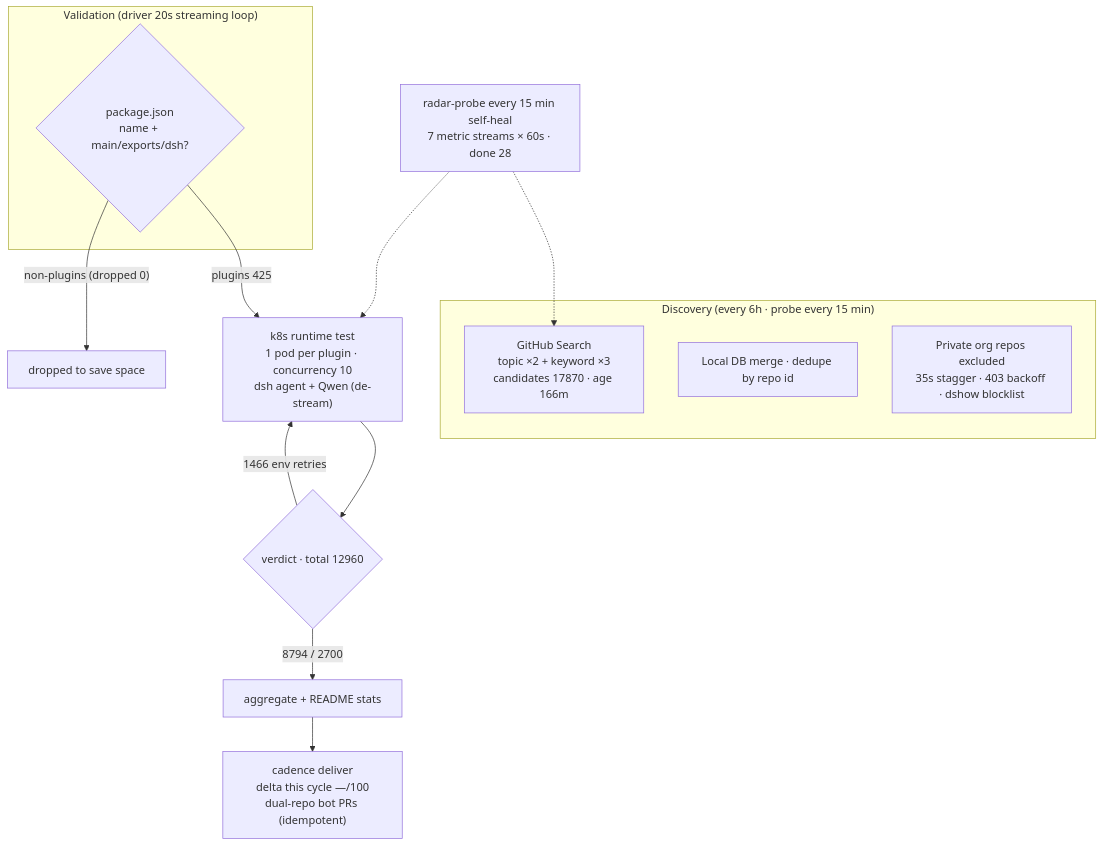
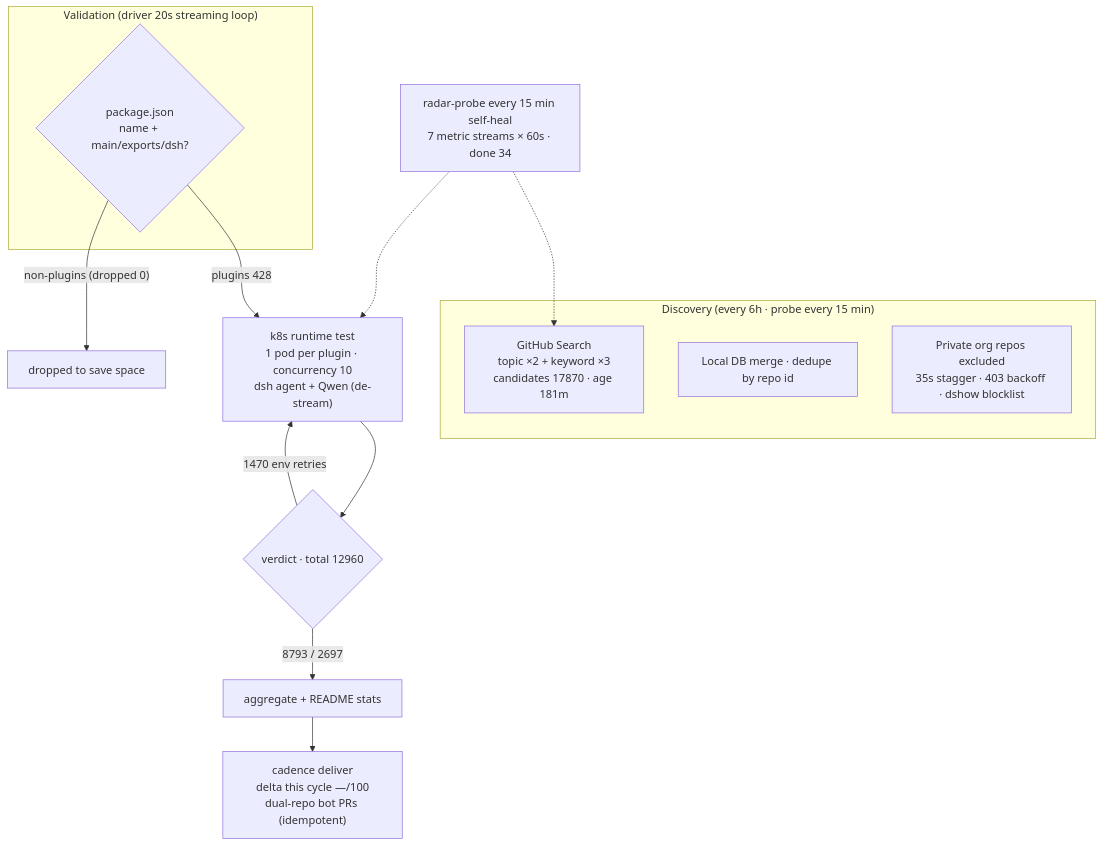
The diagram in README.en-US.md (AdamPlatin123/awesome-dsh-plugins), drawn with Mermaid before and after one commit. The commit also changed other lines of this file and 5 other files, not shown here.

````diff
--- a/README.en-US.md
+++ b/README.en-US.md
@@ -45,20 +45,20 @@
 ```mermaid
 flowchart TB
     subgraph Discovery["Discovery (every 6h · probe every 15 min)"]
-        A1["GitHub Search<br/>topic ×2 + keyword ×3<br/>candidates 17870 · age 166m"]
+        A1["GitHub Search<br/>topic ×2 + keyword ×3<br/>candidates 17870 · age 181m"]
         A2["Local DB merge · dedupe by repo id"]
         A3["Private org repos excluded<br/>35s stagger · 403 backoff · dshow blocklist"]
     end
     subgraph Validation["Validation (driver 20s streaming loop)"]
         B1{"package.json<br/>name + main/exports/dsh?"}
     end
-    B1 -->|"plugins 425"| C1["k8s runtime test<br/>1 pod per plugin · concurrency 10<br/>dsh agent + Qwen (de-stream)"]
+    B1 -->|"plugins 428"| C1["k8s runtime test<br/>1 pod per plugin · concurrency 10<br/>dsh agent + Qwen (de-stream)"]
     B1 -->|"non-plugins (dropped 0)"| B3["dropped to save space"]
     C1 --> D1{"verdict · total 12960"}
-    D1 -->|"8794 / 2700"| E1["aggregate + README stats"]
-    D1 -->|"1466 env retries"| C1
+    D1 -->|"8793 / 2697"| E1["aggregate + README stats"]
+    D1 -->|"1470 env retries"| C1
     E1 --> E2["cadence deliver<br/>delta this cycle —/100<br/>dual-repo bot PRs (idempotent)"]
-    M["radar-probe every 15 min self-heal<br/>7 metric streams × 60s · done 28"]
+    M["radar-probe every 15 min self-heal<br/>7 metric streams × 60s · done 34"]
     M -.-> A1
     M -.-> C1
 ```
````
